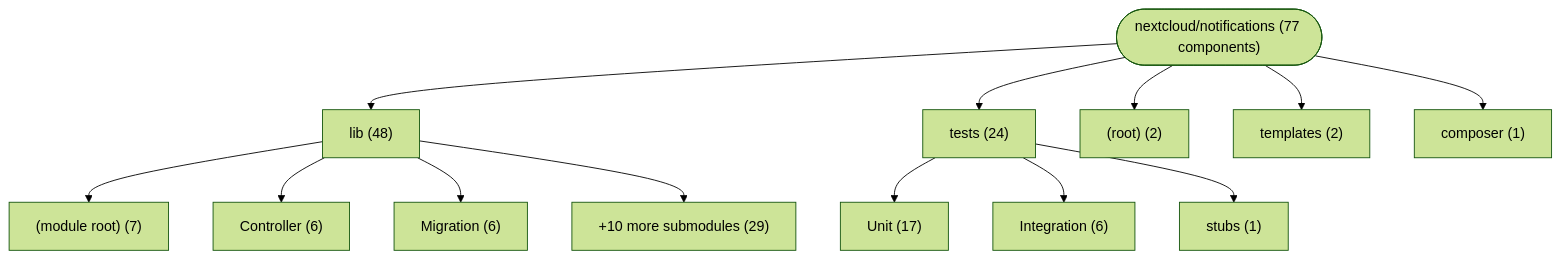
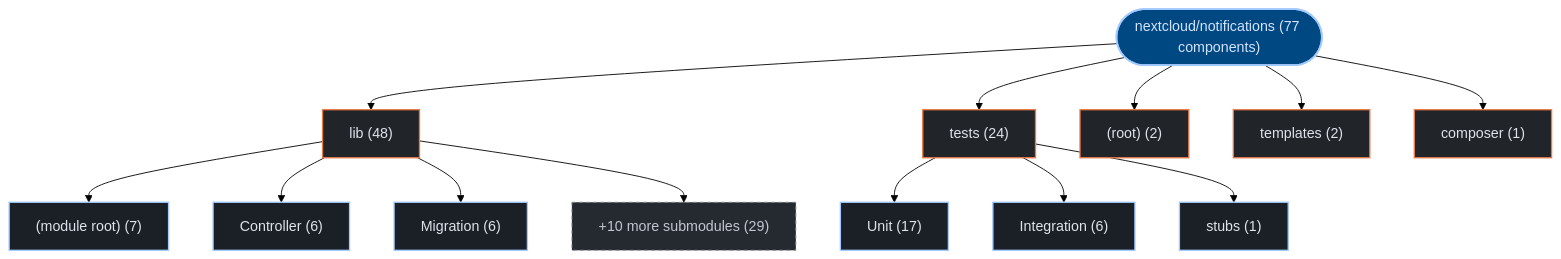
The first of 2 diagrams in exports/latest/reports/nextcloud-notifications-report.md (kumarshaz/atruss-code-atlas), drawn with Mermaid (forest theme) before and after one commit. The commit also changed other lines of this file and 331 other files, not shown here.

Commit message:
docs,ui,fix: update SDLC docs, reorder CI/CD DAG first, stylize Mermaid, and fix Arc42 pipeline topology

````diff
--- a/exports/latest/reports/nextcloud-notifications-report.md
+++ b/exports/latest/reports/nextcloud-notifications-report.md
@@ -42,28 +42,35 @@
 ```mermaid
 graph TD;
-    repo_root(["nextcloud/notifications (77 components)"])
-    dir_0_lib["lib (48)"]
+  classDef atlasRoot fill:#004882,stroke:#a3c9ff,stroke-width:2px,color:#d3e4ff
+  classDef atlasCategory fill:#212428,stroke:#E87A48,stroke-width:1.5px,color:#dfe3eb
+  classDef atlasWorkflow fill:#1b2026,stroke:#a3c9ff,stroke-width:1.5px,color:#dfe3eb
+  classDef atlasJob fill:#171c22,stroke:#8d9199,stroke-width:1px,color:#dfe3eb
+  classDef atlasTarget fill:#005227,stroke:#8bd99b,stroke-width:1.5px,color:#a7f6b6
+  classDef atlasAlert fill:#93000a,stroke:#ffb4ab,stroke-width:1.5px,color:#ffdad6
+  classDef atlasMore fill:#252a31,stroke:#8d9199,stroke-dasharray:4 4,color:#c3c6cf
+    repo_root(["nextcloud/notifications (77 components)"]):::atlasRoot
+    dir_0_lib["lib (48)"]:::atlasCategory
     repo_root --> dir_0_lib
-    sub_0_0__module_root_["(module root) (7)"]
+    sub_0_0__module_root_["(module root) (7)"]:::atlasWorkflow
     dir_0_lib --> sub_0_0__module_root_
-    sub_0_1_Controller["Controller (6)"]
+    sub_0_1_Controller["Controller (6)"]:::atlasWorkflow
     dir_0_lib --> sub_0_1_Controller
-    sub_0_2_Migration["Migration (6)"]
+    sub_0_2_Migration["Migration (6)"]:::atlasWorkflow
     dir_0_lib --> sub_0_2_Migration
-    sub_0_more["+10 more submodules (29)"]
+    sub_0_more["+10 more submodules (29)"]:::atlasMore
     dir_0_lib --> sub_0_more
-    dir_1_tests["tests (24)"]
+    dir_1_tests["tests (24)"]:::atlasCategory
     repo_root --> dir_1_tests
-    sub_1_0_Unit["Unit (17)"]
+    sub_1_0_Unit["Unit (17)"]:::atlasWorkflow
     dir_1_tests --> sub_1_0_Unit
-    sub_1_1_Integration["Integration (6)"]
+    sub_1_1_Integration["Integration (6)"]:::atlasWorkflow
     dir_1_tests --> sub_1_1_Integration
-    sub_1_2_stubs["stubs (1)"]
+    sub_1_2_stubs["stubs (1)"]:::atlasWorkflow
     dir_1_tests --> sub_1_2_stubs
-    dir_2__root_["(root) (2)"]
+    dir_2__root_["(root) (2)"]:::atlasCategory
     repo_root --> dir_2__root_
-    dir_3_templates["templates (2)"]
+    dir_3_templates["templates (2)"]:::atlasCategory
     repo_root --> dir_3_templates
-    dir_4_composer["composer (1)"]
+    dir_4_composer["composer (1)"]:::atlasCategory
     repo_root --> dir_4_composer
 ```
````
